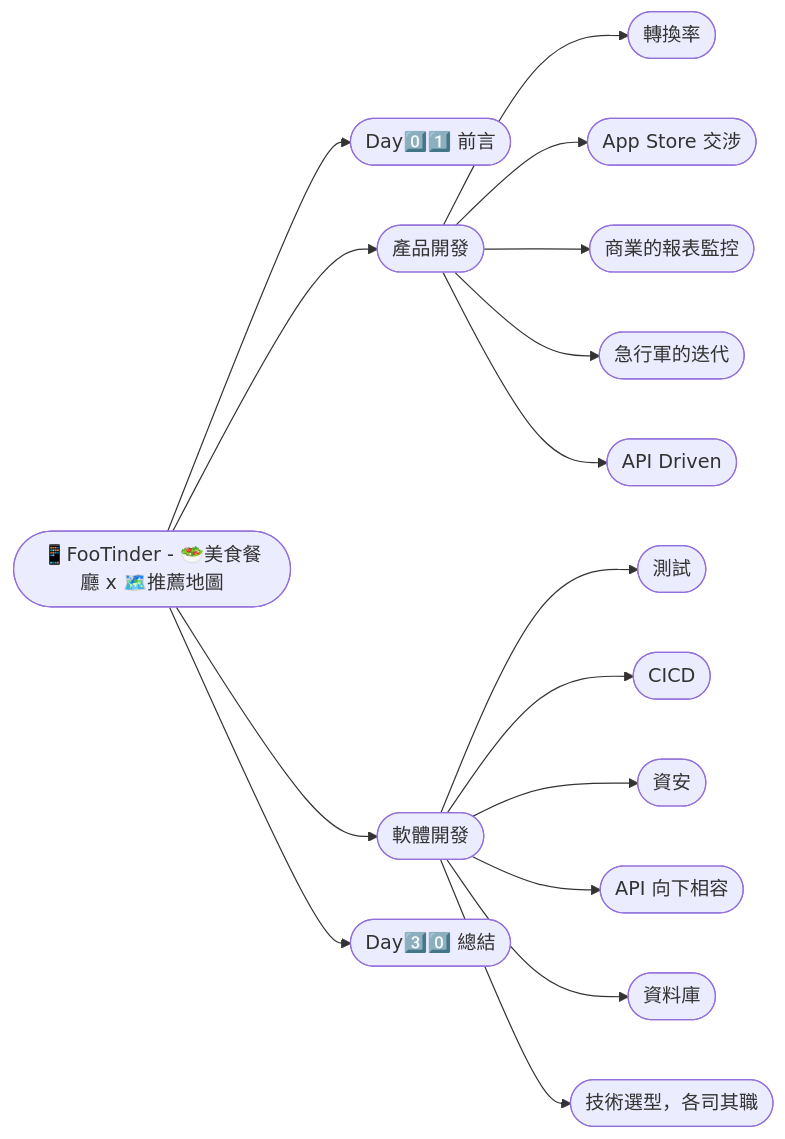
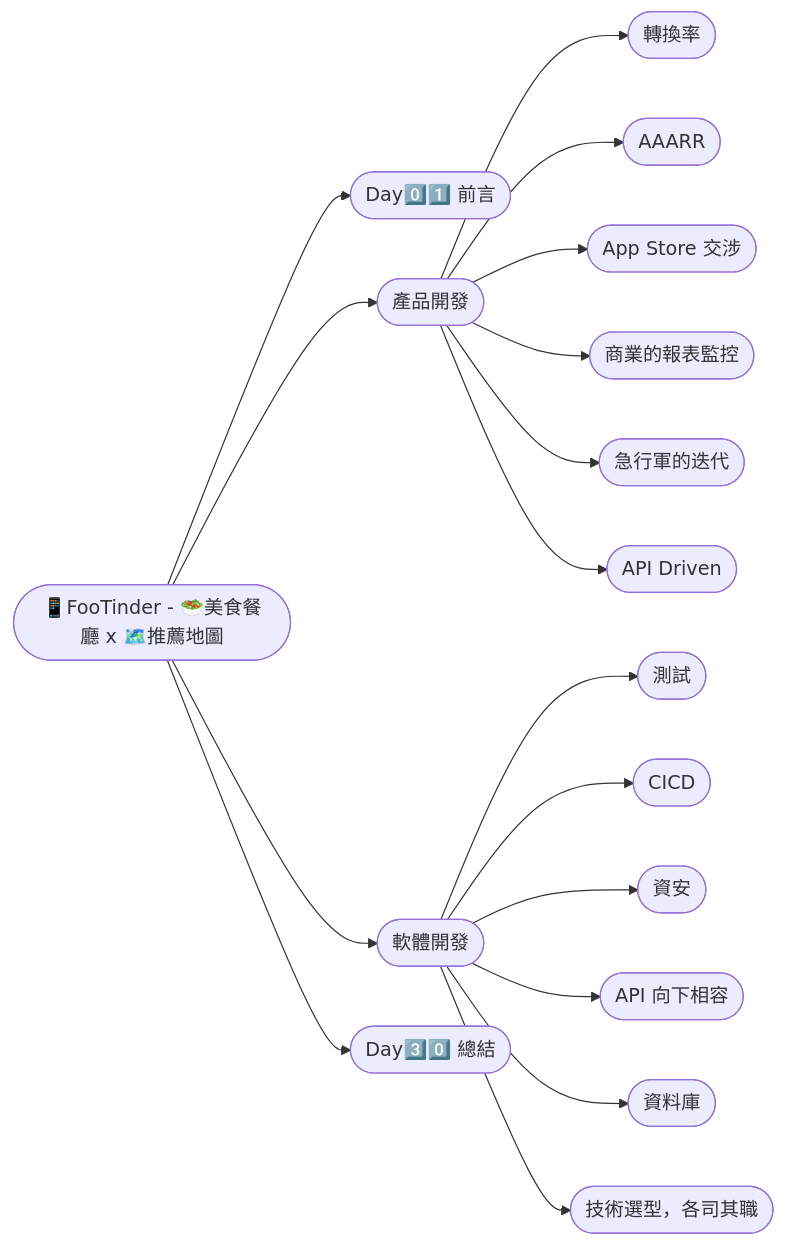
One commit to PureFuncInc/FooTinder-iThome-2023 changed the diagram in README.md. Above: the diagram before and after it, drawn with Mermaid.

Commit message:
🌈 Update README.md

````diff
--- a/README.md
+++ b/README.md
@@ -4,18 +4,19 @@
 ```mermaid
 graph LR;
 id1(["📱FooTinder - 🥗美食餐廳 x 🗺️推薦地圖"])-->id2(["Day0️⃣1️⃣ 前言"]);
 id1(["📱FooTinder - 🥗美食餐廳 x 🗺️推薦地圖"])-->id3(["產品開發"]);
 id3(["產品開發"])-->id31(["轉換率"])
-id3(["產品開發"])-->id32(["App Store 交涉"])
-id3(["產品開發"])-->id33(["商業的報表監控"])
-id3(["產品開發"])-->id34(["急行軍的迭代"])
-id3(["產品開發"])-->id35(["API Driven"])
+id3(["產品開發"])-->id32(["AAARR"])
+id3(["產品開發"])-->id33(["App Store 交涉"])
+id3(["產品開發"])-->id34(["商業的報表監控"])
+id3(["產品開發"])-->id35(["急行軍的迭代"])
+id3(["產品開發"])-->id36(["API Driven"])
 id1(["📱FooTinder - 🥗美食餐廳 x 🗺️推薦地圖"])-->id4(["軟體開發"]);
 id4(["軟體開發"])-->id44(["測試"])
 id4(["軟體開發"])-->id45(["CICD"])
 id4(["軟體開發"])-->id46(["資安"])
 id4(["軟體開發"])-->id47(["API 向下相容"])
 id4(["軟體開發"])-->id48(["資料庫"])
 id4(["軟體開發"])-->id49(["技術選型，各司其職"])
 id1(["📱FooTinder - 🥗美食餐廳 x 🗺️推薦地圖"])-->id99(["Day3️⃣0️⃣ 總結"]);
 ```
````
